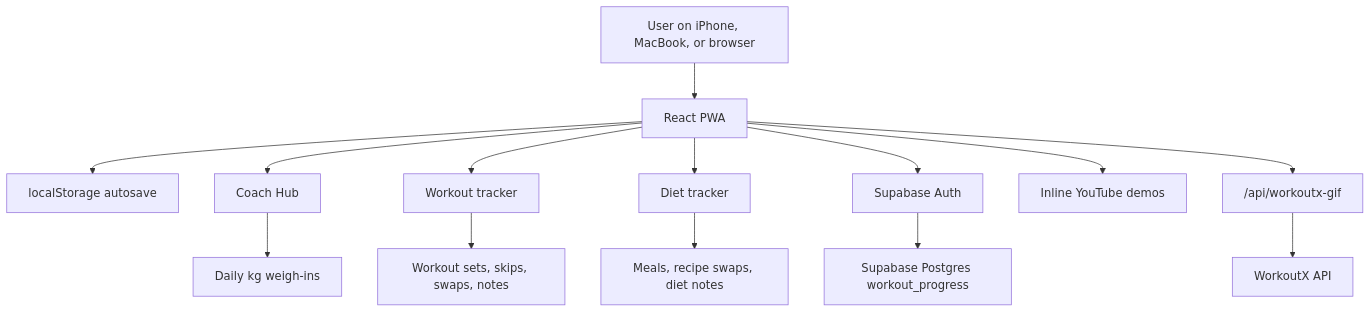
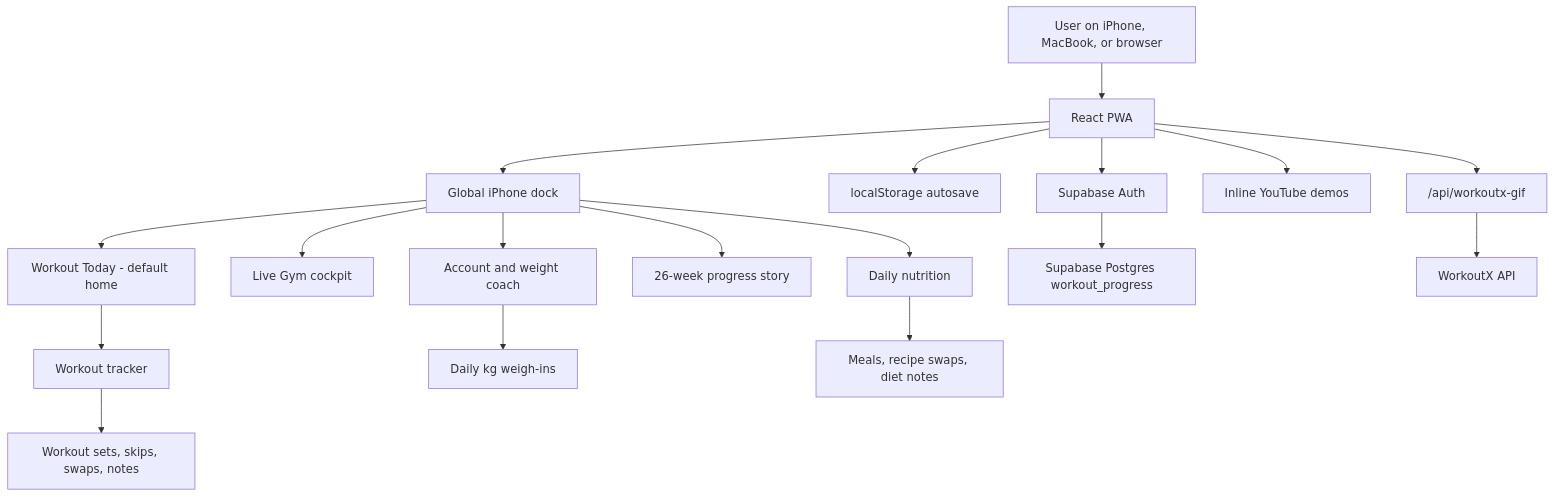
Before and after one commit to alinikan/workout-tracker: the diagram in README.md, drawn with Mermaid. The commit also changed other lines of this file and 9 other files, not shown here.

Commit message:
Redesign iPhone workout experience

````diff
--- a/README.md
+++ b/README.md
@@ -403,16 +407,20 @@
 ```mermaid
 flowchart TD
   User["User on iPhone, MacBook, or browser"] --> App["React PWA"]
+  App --> Dock["Global iPhone dock"]
+  Dock --> Today["Workout Today - default home"]
+  Dock --> Gym["Live Gym cockpit"]
+  Dock --> Diet["Daily nutrition"]
+  Dock --> Progress["26-week progress story"]
+  Dock --> Coach["Account and weight coach"]
   App --> Local["localStorage autosave"]
-  App --> Coach["Coach Hub"]
-  App --> Workout["Workout tracker"]
-  App --> Diet["Diet tracker"]
+  Today --> Workout["Workout tracker"]
   Coach --> Weight["Daily kg weigh-ins"]
   Workout --> Logs["Workout sets, skips, swaps, notes"]
   Diet --> Meals["Meals, recipe swaps, diet notes"]
   App --> SupabaseAuth["Supabase Auth"]
   SupabaseAuth --> SupabaseDB["Supabase Postgres workout_progress"]
   App --> YouTube["Inline YouTube demos"]
   App --> GifProxy["/api/workoutx-gif"]
   GifProxy --> WorkoutX["WorkoutX API"]
 ```
````
